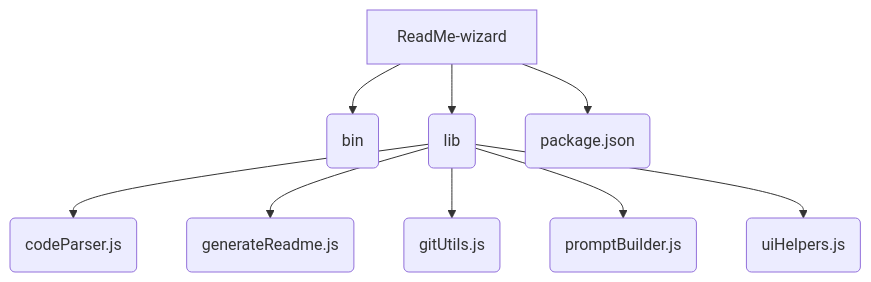
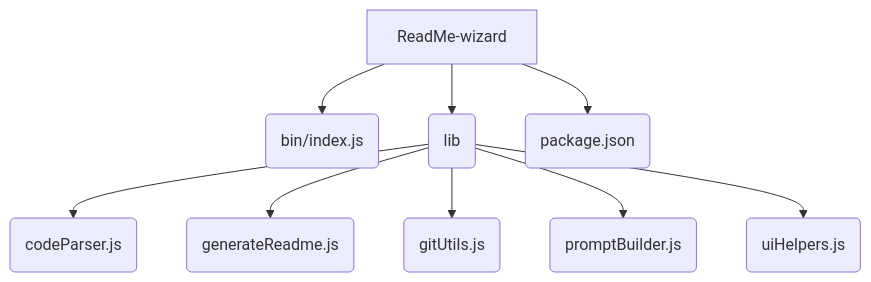
The second of 2 diagrams in README.md (PIYUSH1SAINI/ReadMe-wiz), drawn with Mermaid before and after one commit. The commit also changed other lines of this file and 5 other files, not shown here.

````diff
--- a/README.md
+++ b/README.md
@@ -40,12 +52,12 @@
 ```mermaid
 graph TD
-    A[ReadMe-wizard] --> B(bin);
+    A[ReadMe-wizard] --> B(bin/index.js);
     A --> C(lib);
     C --> D(codeParser.js);
     C --> E(generateReadme.js);
     C --> F(gitUtils.js);
     C --> G(promptBuilder.js);
     C --> H(uiHelpers.js);
     A --> I(package.json);
 
 ```
````
